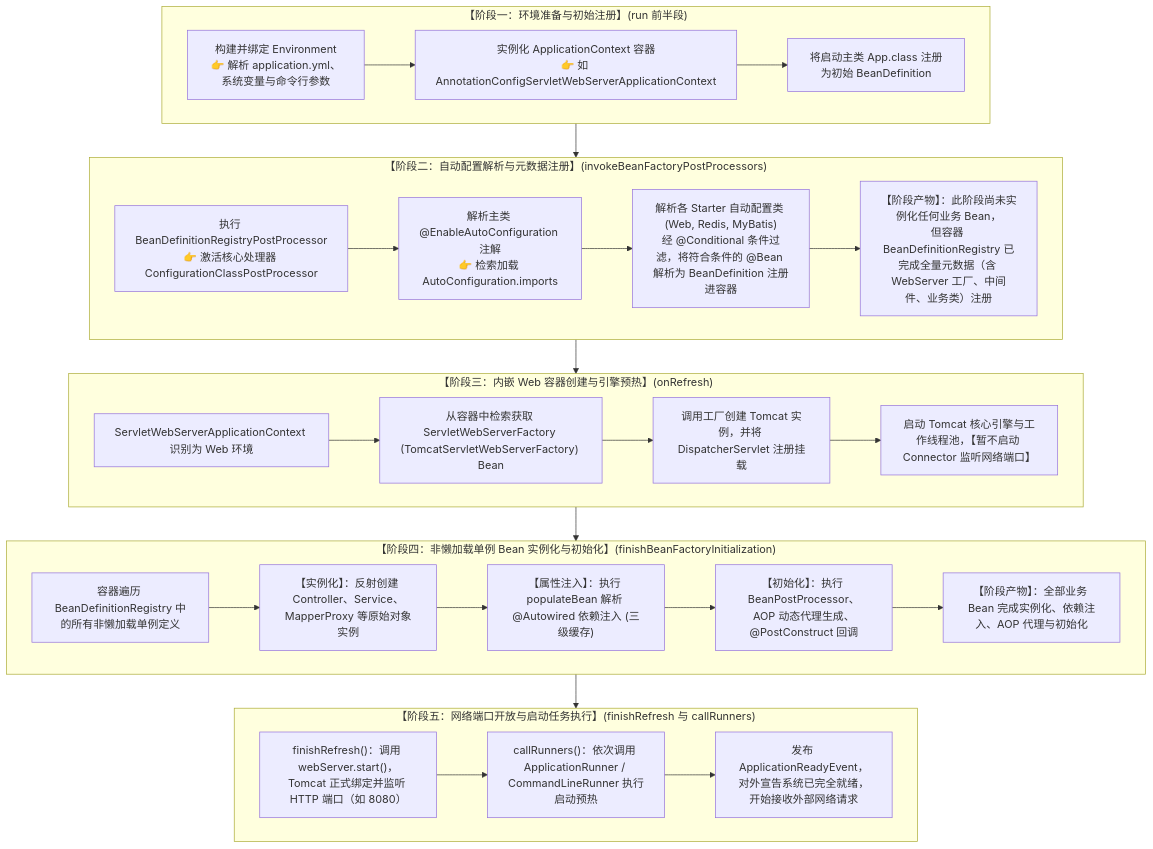
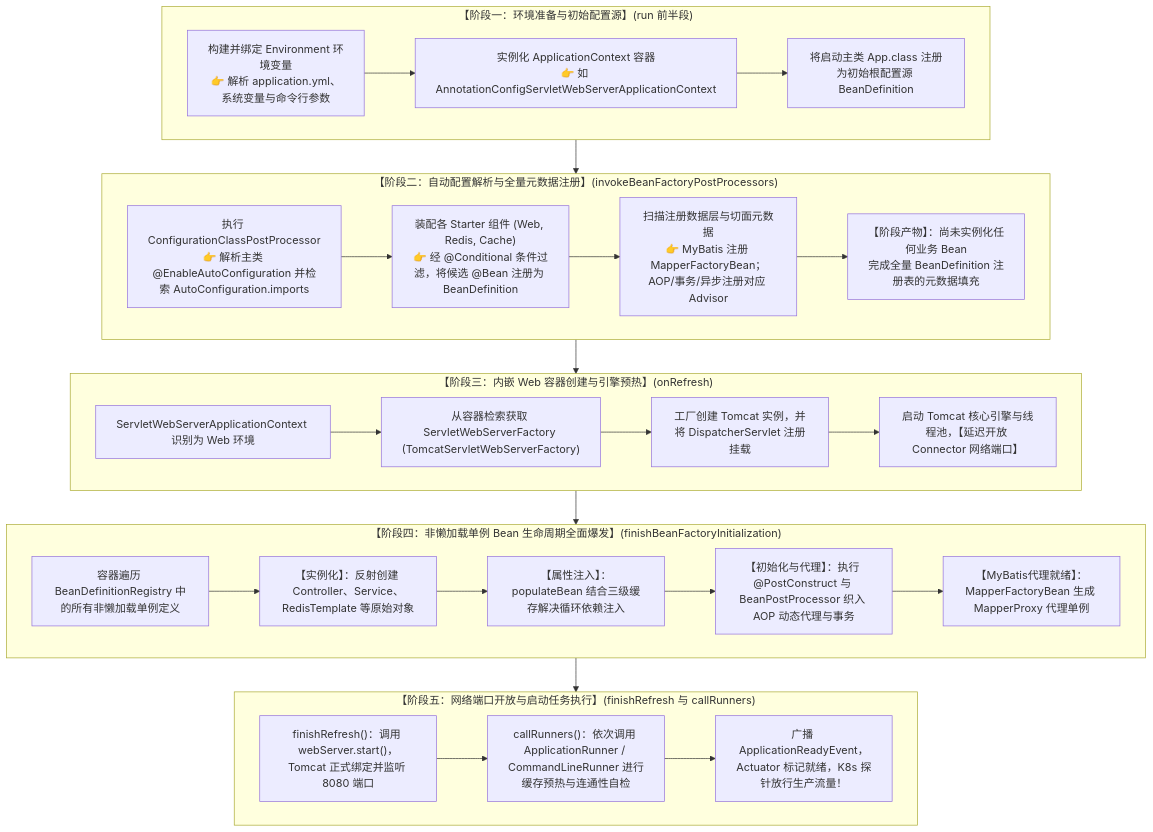
Before and after one commit to GuoWWWX/knowledge-base: the third of 4 diagrams in 20-Java后端/04-Spring生态/10-SpringBoot启动流程.md, drawn with Mermaid. The commit also changed other lines of this file, not shown here.

Commit message:
docs(spring): unify spring ecosystem startup nexus (remove tomcat duplication, add full-ecosystem cross-reference matrix)

````diff
--- a/20-Java后端/04-Spring生态/10-SpringBoot启动流程.md
+++ b/20-Java后端/04-Spring生态/10-SpringBoot启动流程.md
@@ -132,43 +132,43 @@
 ```mermaid
 flowchart TD
-    subgraph Act0["【阶段一：环境准备与初始注册】(run 前半段)"]
-        A1["构建并绑定 Environment<br/>👉 解析 application.yml、系统变量与命令行参数"]
+    subgraph Phase1["【阶段一：环境准备与初始配置源】(run 前半段)"]
+        A1["构建并绑定 Environment 环境变量<br/>👉 解析 application.yml、系统变量与命令行参数"]
         A2["实例化 ApplicationContext 容器<br/>👉 如 AnnotationConfigServletWebServerApplicationContext"]
-        A3["将启动主类 App.class 注册为初始 BeanDefinition"]
+        A3["将启动主类 App.class 注册为初始根配置源 BeanDefinition"]
         A1 --> A2 --> A3
     end
 
-    subgraph Act1["【阶段二：自动配置解析与元数据注册】(invokeBeanFactoryPostProcessors)"]
-        B1["执行 BeanDefinitionRegistryPostProcessor<br/>👉 激活核心处理器 ConfigurationClassPostProcessor"]
-        B2["解析主类 @EnableAutoConfiguration 注解<br/>👉 检索加载 AutoConfiguration.imports"]
-        B3["解析各 Starter 自动配置类 (Web, Redis, MyBatis)<br/>经 @Conditional 条件过滤，将符合条件的 @Bean 解析为 BeanDefinition 注册进容器"]
-        B4["【阶段产物】：此阶段尚未实例化任何业务 Bean，<br/>但容器 BeanDefinitionRegistry 已完成全量元数据（含 WebServer 工厂、中间件、业务类）注册"]
+    subgraph Phase2["【阶段二：自动配置解析与全量元数据注册】(invokeBeanFactoryPostProcessors)"]
+        B1["执行 ConfigurationClassPostProcessor<br/>👉 解析主类 @EnableAutoConfiguration 并检索 AutoConfiguration.imports"]
+        B2["装配各 Starter 组件 (Web, Redis, Cache)<br/>👉 经 @Conditional 条件过滤，将候选 @Bean 注册为 BeanDefinition"]
+        B3["扫描注册数据层与切面元数据<br/>👉 MyBatis 注册 MapperFactoryBean；AOP/事务/异步注册对应 Advisor"]
+        B4["【阶段产物】：尚未实例化任何业务 Bean<br/>完成全量 BeanDefinition 注册表的元数据填充"]
         B1 --> B2 --> B3 --> B4
     end
 
-    subgraph Act2["【阶段三：内嵌 Web 容器创建与引擎预热】(onRefresh)"]
+    subgraph Phase3["【阶段三：内嵌 Web 容器创建与引擎预热】(onRefresh)"]
         C1["ServletWebServerApplicationContext 识别为 Web 环境"]
-        C2["从容器中检索获取 ServletWebServerFactory (TomcatServletWebServerFactory) Bean"]
-        C3["调用工厂创建 Tomcat 实例，并将 DispatcherServlet 注册挂载"]
-        C4["启动 Tomcat 核心引擎与工作线程池，【暂不启动 Connector 监听网络端口】"]
+        C2["从容器检索获取 ServletWebServerFactory (TomcatServletWebServerFactory)"]
+        C3["工厂创建 Tomcat 实例，并将 DispatcherServlet 注册挂载"]
+        C4["启动 Tomcat 核心引擎与线程池，【延迟开放 Connector 网络端口】"]
         C1 --> C2 --> C3 --> C4
     end
 
-    subgraph Act3["【阶段四：非懒加载单例 Bean 实例化与初始化】(finishBeanFactoryInitialization)"]
+    subgraph Phase4["【阶段四：非懒加载单例 Bean 生命周期全面爆发】(finishBeanFactoryInitialization)"]
         D1["容器遍历 BeanDefinitionRegistry 中的所有非懒加载单例定义"]
-        D2["【实例化】：反射创建 Controller、Service、MapperProxy 等原始对象实例"]
-        D3["【属性注入】：执行 populateBean 解析 @Autowired 依赖注入 (三级缓存)"]
-        D4["【初始化】：执行 BeanPostProcessor、AOP 动态代理生成、@PostConstruct 回调"]
-        D5["【阶段产物】：全部业务 Bean 完成实例化、依赖注入、AOP 代理与初始化"]
+        D2["【实例化】：反射创建 Controller、Service、RedisTemplate 等原始对象"]
+        D3["【属性注入】：populateBean 结合三级缓存解决循环依赖注入"]
+        D4["【初始化与代理】：执行 @PostConstruct 与 BeanPostProcessor 织入 AOP 动态代理与事务"]
+        D5["【MyBatis代理就绪】：MapperFactoryBean 生成 MapperProxy 代理单例"]
         D1 --> D2 --> D3 --> D4 --> D5
     end
 
-    subgraph Act4["【阶段五：网络端口开放与启动任务执行】(finishRefresh 与 callRunners)"]
-        E1["finishRefresh()：调用 webServer.start()，Tomcat 正式绑定并监听 HTTP 端口（如 8080）"]
-        E2["callRunners()：依次调用 ApplicationRunner / CommandLineRunner 执行启动预热"]
-        E3["发布 ApplicationReadyEvent，对外宣告系统已完全就绪，开始接收外部网络请求"]
+    subgraph Phase5["【阶段五：网络端口开放与启动任务执行】(finishRefresh 与 callRunners)"]
+        E1["finishRefresh()：调用 webServer.start()，Tomcat 正式绑定并监听 8080 端口"]
+        E2["callRunners()：依次调用 ApplicationRunner / CommandLineRunner 进行缓存预热与连通性自检"]
+        E3["广播 ApplicationReadyEvent，Actuator 标记就绪，K8s 探针放行生产流量！"]
         E1 --> E2 --> E3
     end
 
-    Act0 --> Act1 --> Act2 --> Act3 --> Act4
+    Phase1 --> Phase2 --> Phase3 --> Phase4 --> Phase5
 ```
````
